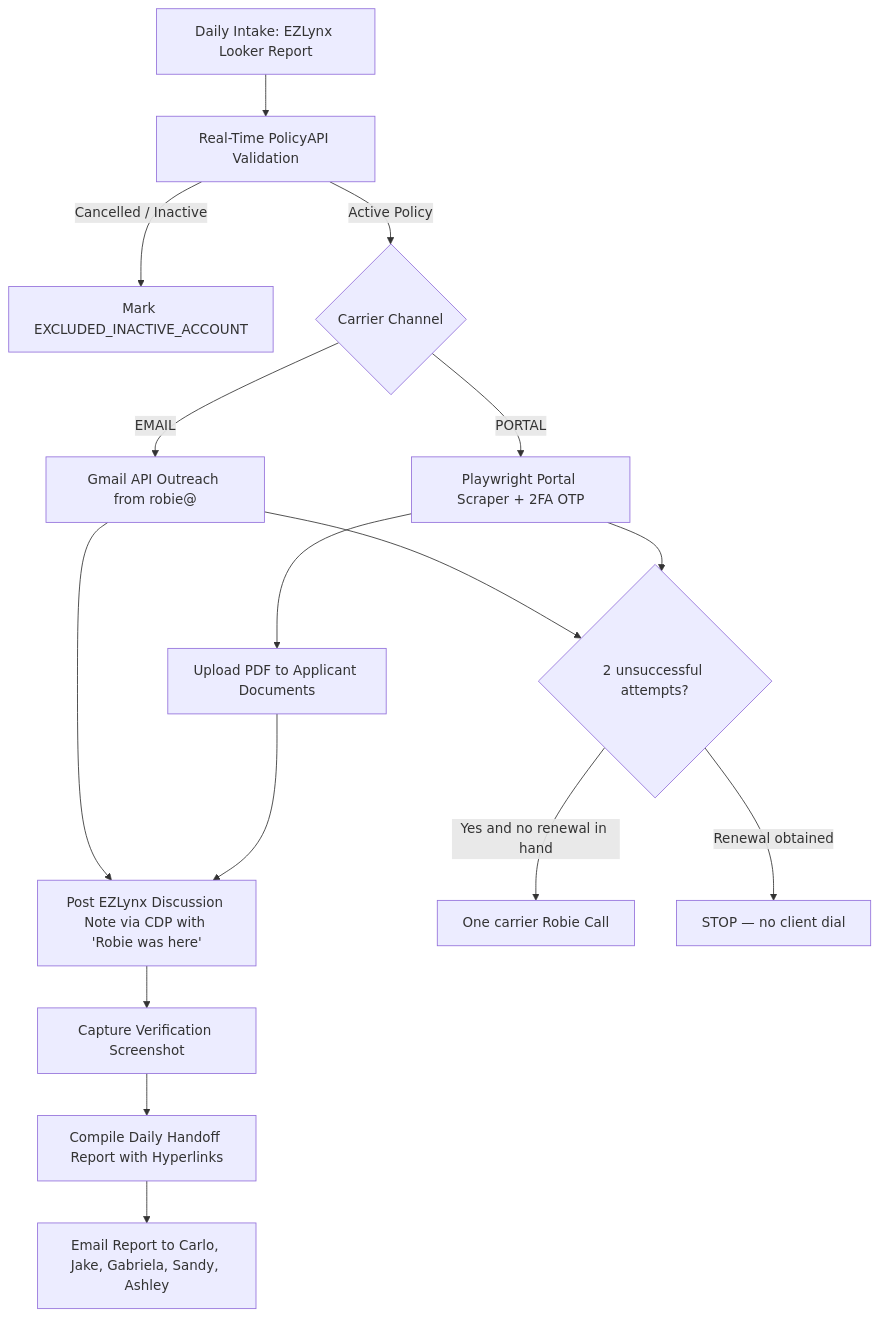
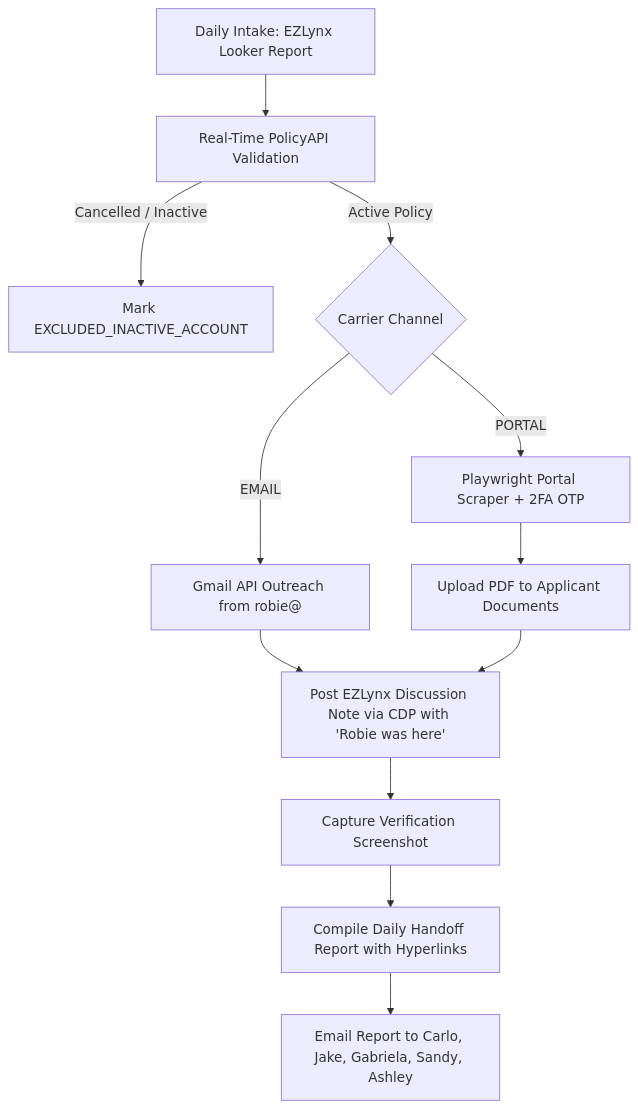
The diagram in docs/MANUAL_RENEWALS_SOP_HANDOFF.md (streetsmart-insurance/robie-hermes), drawn with Mermaid before and after one commit. The commit also changed other lines of this file and 595 other files, not shown here.

````diff
--- a/docs/MANUAL_RENEWALS_SOP_HANDOFF.md
+++ b/docs/MANUAL_RENEWALS_SOP_HANDOFF.md
@@ -15,18 +15,14 @@
 ```mermaid
 graph TD
     A[Daily Intake: EZLynx Looker Report] --> B[Real-Time PolicyAPI Validation]
     B -->|Cancelled / Inactive| C[Mark EXCLUDED_INACTIVE_ACCOUNT]
     B -->|Active Policy| D{Carrier Channel}
     D -->|PORTAL| E[Playwright Portal Scraper + 2FA OTP]
     D -->|EMAIL| F[Gmail API Outreach from robie@]
     E --> G[Upload PDF to Applicant Documents]
     F --> H[Post EZLynx Discussion Note via CDP with 'Robie was here']
     G --> H
     H --> I[Capture Verification Screenshot]
     I --> J[Compile Daily Handoff Report with Hyperlinks]
     J --> K[Email Report to Carlo, Jake, Gabriela, Sandy, Ashley]
-    F --> L{2 unsuccessful attempts?}
-    E --> L
-    L -->|Yes and no renewal in hand| M[One carrier Robie Call]
-    L -->|Renewal obtained| N[STOP — no client dial]
 ```
````
